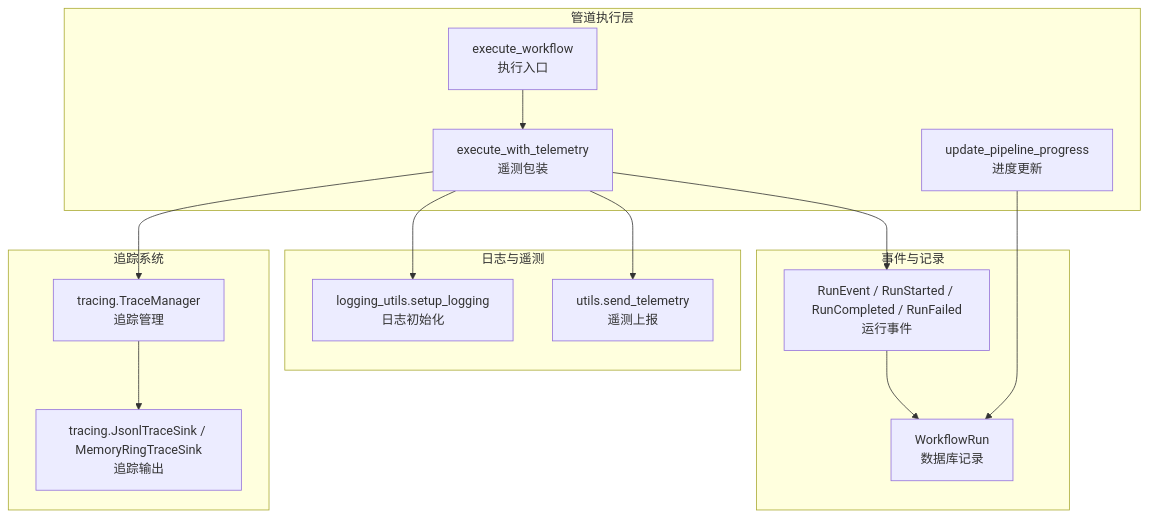
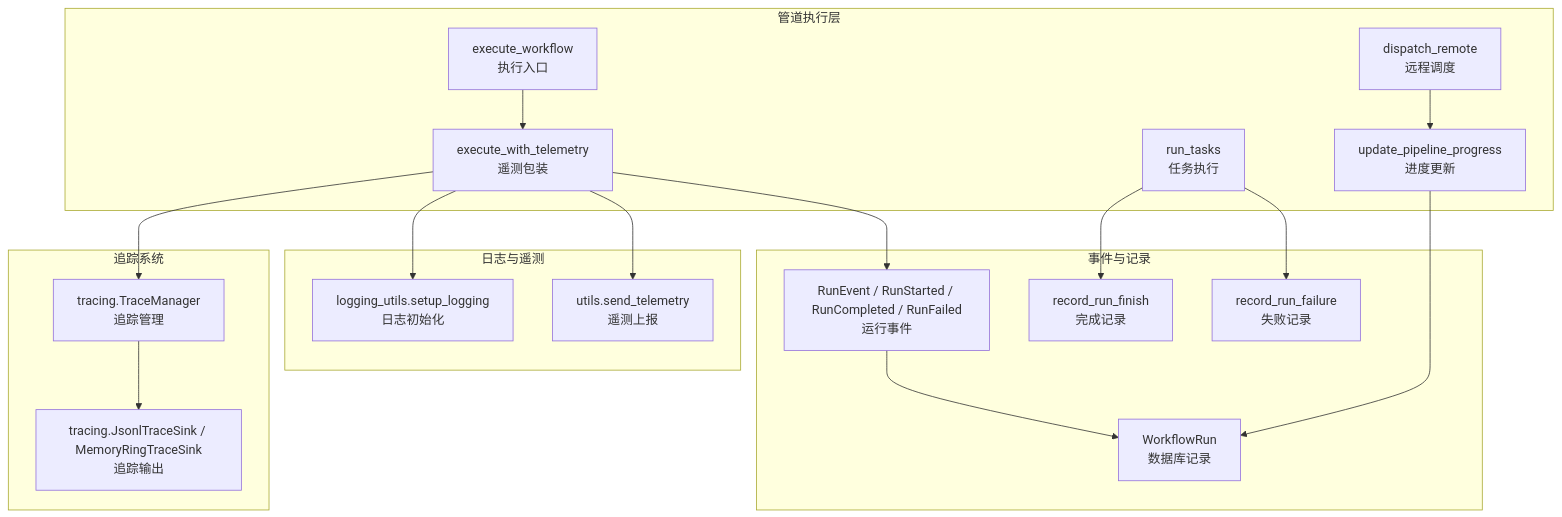
One commit to alvinwangzi/m_flow changed the first of 6 diagrams in .qoder/repowiki/zh/content/管道系统设计/管道监控与调试.md. Above: the diagram before and after it, drawn with Mermaid. The commit also changed other lines of this file and 38 other files, not shown here.

````diff
--- a/.qoder/repowiki/zh/content/管道系统设计/管道监控与调试.md
+++ b/.qoder/repowiki/zh/content/管道系统设计/管道监控与调试.md
@@ -52,28 +61,35 @@
 ```mermaid
 graph TB
 subgraph "管道执行层"
 A["execute_workflow<br/>执行入口"]
 B["execute_with_telemetry<br/>遥测包装"]
 C["update_pipeline_progress<br/>进度更新"]
+D["run_tasks<br/>任务执行"]
+E["dispatch_remote<br/>远程调度"]
 end
 subgraph "事件与记录"
-D["RunEvent / RunStarted / RunCompleted / RunFailed<br/>运行事件"]
-E["WorkflowRun<br/>数据库记录"]
+F["RunEvent / RunStarted / RunCompleted / RunFailed<br/>运行事件"]
+G["WorkflowRun<br/>数据库记录"]
+H["record_run_finish<br/>完成记录"]
+I["record_run_failure<br/>失败记录"]
 end
 subgraph "日志与遥测"
-F["logging_utils.setup_logging<br/>日志初始化"]
-G["utils.send_telemetry<br/>遥测上报"]
+J["logging_utils.setup_logging<br/>日志初始化"]
+K["utils.send_telemetry<br/>遥测上报"]
 end
 subgraph "追踪系统"
-H["tracing.TraceManager<br/>追踪管理"]
-I["tracing.JsonlTraceSink / MemoryRingTraceSink<br/>追踪输出"]
+L["tracing.TraceManager<br/>追踪管理"]
+M["tracing.JsonlTraceSink / MemoryRingTraceSink<br/>追踪输出"]
 end
 A --> B
-B --> D
-B --> G
 B --> F
-B --> H
-C --> E
-D --> E
-H --> I
+B --> K
+B --> J
+B --> L
+C --> G
+D --> H
+D --> I
+E --> C
+F --> G
+L --> M
 ```
````
